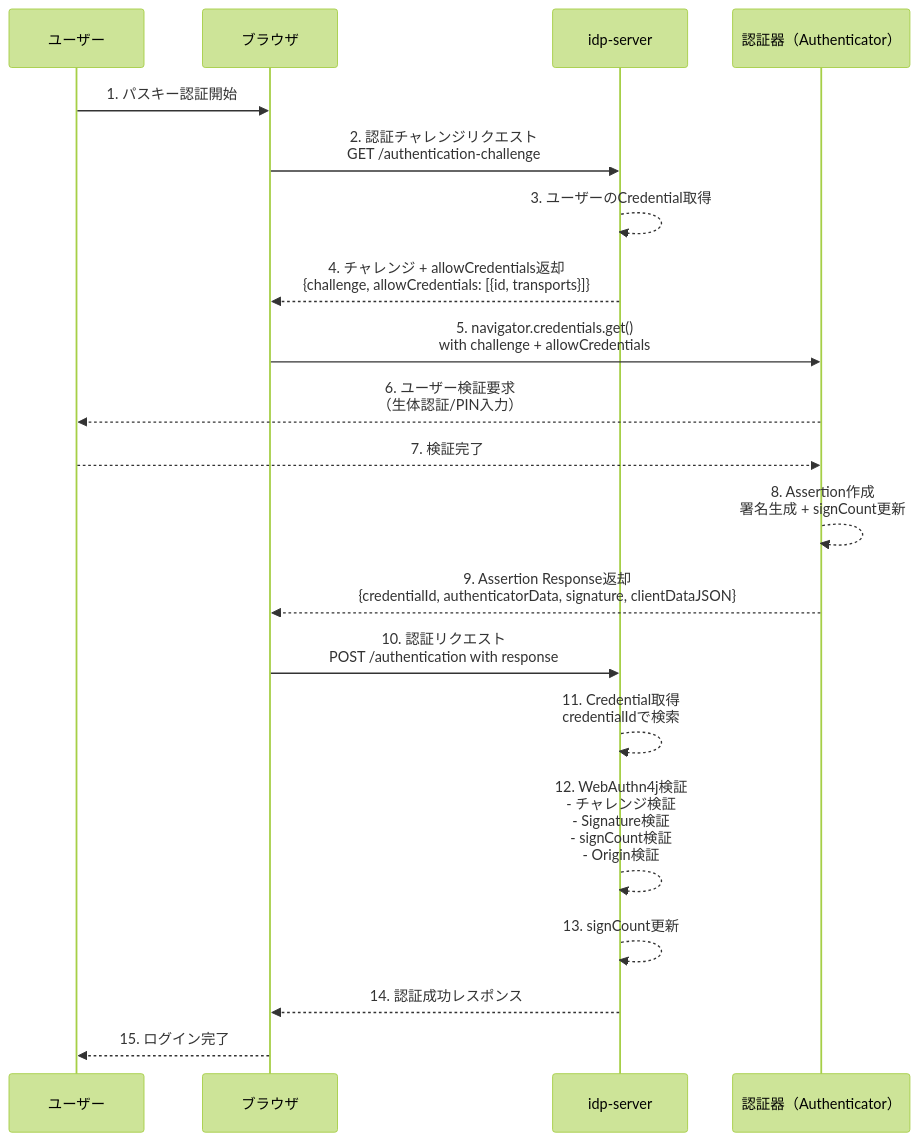
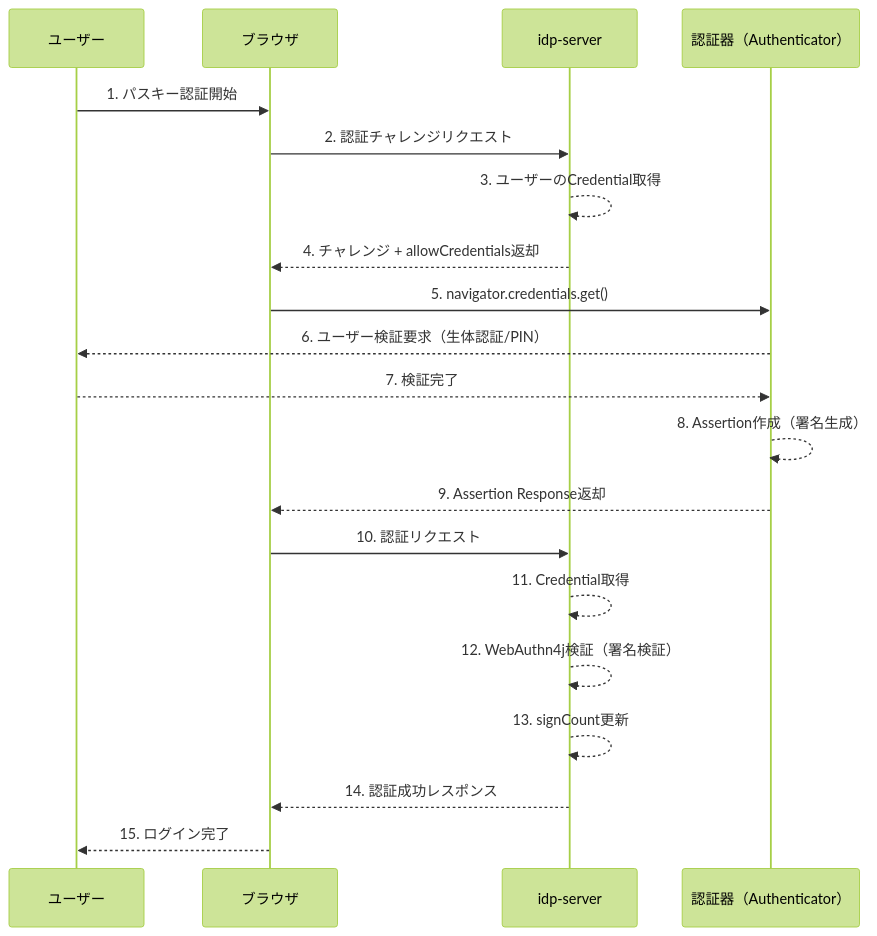
Before and after one commit to hirokazu-kobayashi-koba-hiro/idp-server: the second of 2 diagrams in documentation/docs/content_04_protocols/protocol-04-fido2-webauthn.md, drawn with Mermaid (forest theme). The commit also changed other lines of this file and 1 other file, not shown here.

````diff
--- a/documentation/docs/content_04_protocols/protocol-04-fido2-webauthn.md
+++ b/documentation/docs/content_04_protocols/protocol-04-fido2-webauthn.md
@@ -60,25 +84,25 @@
 ```mermaid
 sequenceDiagram
     participant User as ユーザー
     participant Browser as ブラウザ
     participant idp as idp-server
     participant Auth as 認証器（Authenticator）
 
     User ->> Browser: 1. パスキー認証開始
-    Browser ->> idp: 2. 認証チャレンジリクエスト<br/>GET /authentication-challenge
+    Browser ->> idp: 2. 認証チャレンジリクエスト
     idp -->> idp: 3. ユーザーのCredential取得
-    idp -->> Browser: 4. チャレンジ + allowCredentials返却<br/>{challenge, allowCredentials: [{id, transports}]}
+    idp -->> Browser: 4. チャレンジ + allowCredentials返却
 
-    Browser ->> Auth: 5. navigator.credentials.get()<br/>with challenge + allowCredentials
-    Auth -->> User: 6. ユーザー検証要求<br/>（生体認証/PIN入力）
+    Browser ->> Auth: 5. navigator.credentials.get()
+    Auth -->> User: 6. ユーザー検証要求（生体認証/PIN）
     User -->> Auth: 7. 検証完了
-    Auth -->> Auth: 8. Assertion作成<br/>署名生成 + signCount更新
-    Auth -->> Browser: 9. Assertion Response返却<br/>{credentialId, authenticatorData, signature, clientDataJSON}
+    Auth -->> Auth: 8. Assertion作成（署名生成）
+    Auth -->> Browser: 9. Assertion Response返却
 
-    Browser ->> idp: 10. 認証リクエスト<br/>POST /authentication with response
-    idp -->> idp: 11. Credential取得<br/>credentialIdで検索
-    idp -->> idp: 12. WebAuthn4j検証<br/>- チャレンジ検証<br/>- Signature検証<br/>- signCount検証<br/>- Origin検証
+    Browser ->> idp: 10. 認証リクエスト
+    idp -->> idp: 11. Credential取得
+    idp -->> idp: 12. WebAuthn4j検証（署名検証）
     idp -->> idp: 13. signCount更新
     idp -->> Browser: 14. 認証成功レスポンス
     Browser -->> User: 15. ログイン完了
 ```
````
